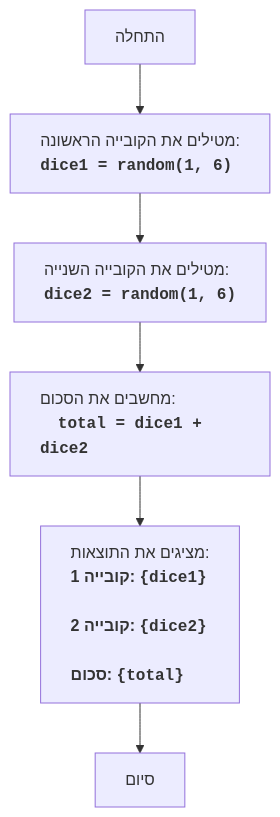
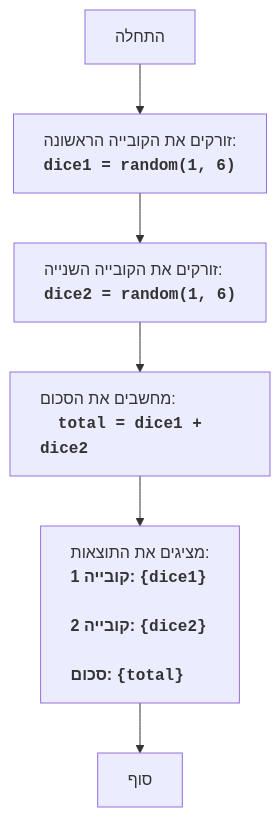
The diagram in docs/gemini/he/doc/src/endpoints/ai_games/101_basic_computer_games/ru/GAMES/DICE/README.MD.md (hypo69/hypo), drawn with Mermaid before and after one commit. The commit also changed other lines of this file and 885 other files, not shown here.

````diff
--- a/docs/gemini/he/doc/src/endpoints/ai_games/101_basic_computer_games/ru/GAMES/DICE/README.MD.md
+++ b/docs/gemini/he/doc/src/endpoints/ai_games/101_basic_computer_games/ru/GAMES/DICE/README.MD.md
@@ -29,8 +24,8 @@
 ```mermaid
 flowchart TD
-    Start["התחלה"] --> RollDice1["<p align='left'>מטילים את הקובייה הראשונה: \n    <code><b>dice1 = random(1, 6)</b></code></p>"]
-    RollDice1 --> RollDice2["<p align='left'>מטילים את הקובייה השנייה:\n    <code><b>dice2 = random(1, 6)</b></code></p>"]
+    Start["התחלה"] --> RollDice1["<p align='left'>זורקים את הקובייה הראשונה: \n    <code><b>dice1 = random(1, 6)</b></code></p>"]
+    RollDice1 --> RollDice2["<p align='left'>זורקים את הקובייה השנייה:\n    <code><b>dice2 = random(1, 6)</b></code></p>"]
     RollDice2 --> CalculateSum["<p align='left'>מחשבים את הסכום:\n    <code><b>total = dice1 + dice2</b></code></p>"]
     CalculateSum --> OutputResults["<p align='left'>מציגים את התוצאות:\n    <b>קובייה 1: <code>{dice1}</code></b><br>\n    <b>קובייה 2: <code>{dice2}</code></b><br>\n    <b>סכום: <code>{total}</code></b></p>"]
-    OutputResults --> End["סיום"]
+    OutputResults --> End["סוף"]
 ```
````
